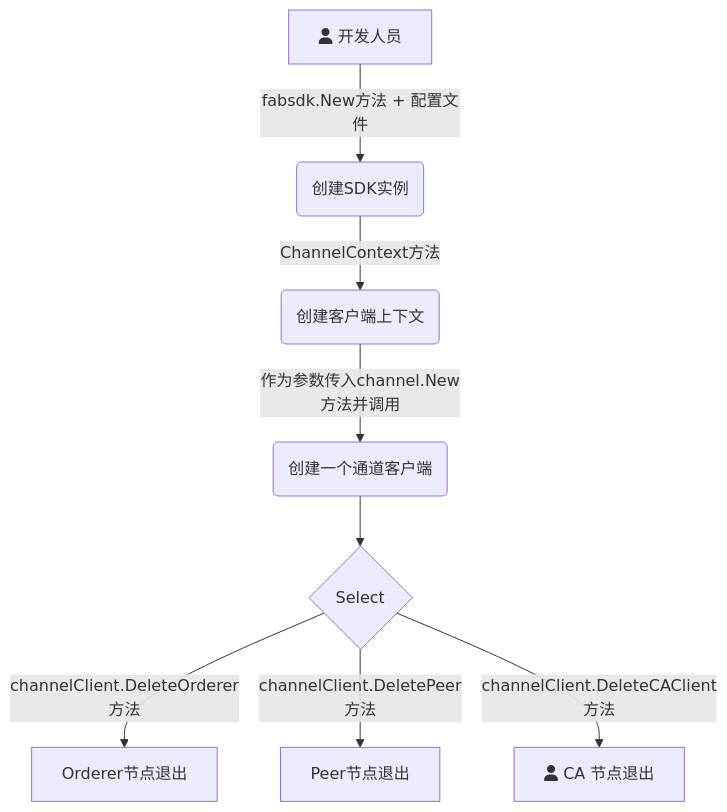
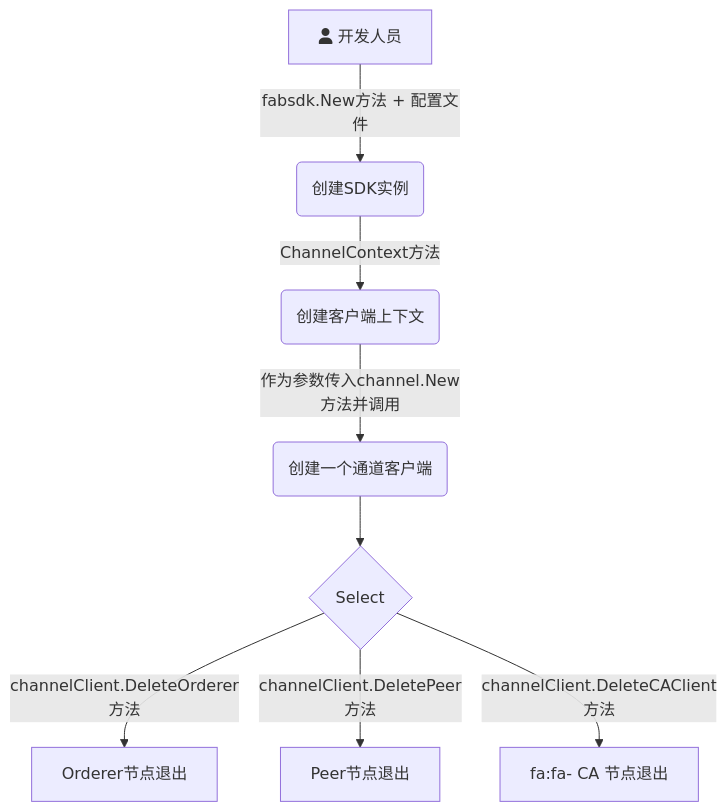
The diagram in all/未命名.md (Utekichan/iodraw-files), drawn with Mermaid before and after one commit.

Commit message:
2024-03-30 22:24:56 update

````diff
--- a/all/未命名.md
+++ b/all/未命名.md
@@ -1,11 +1,11 @@
 ```mermaid
 graph TD
     A[fa:fa-user 开发人员] -->|fabsdk.New方法 + 配置文件| B(创建SDK实例)
     B-->|ChannelContext方法| C(创建客户端上下文)
     C-->|作为参数传入channel.New方法并调用| D(创建一个通道客户端)
     D --> E{Select}
     E -->|channelClient.DeleteOrderer方法| F[Orderer节点退出]
     E -->|channelClient.DeletePeer方法| G[Peer节点退出]
-    E -->|channelClient.DeleteCAClient方法| H[fa:fa-user CA 节点退出]
+    E -->|channelClient.DeleteCAClient方法| H[fa:fa- CA 节点退出]
   
 ```
````
